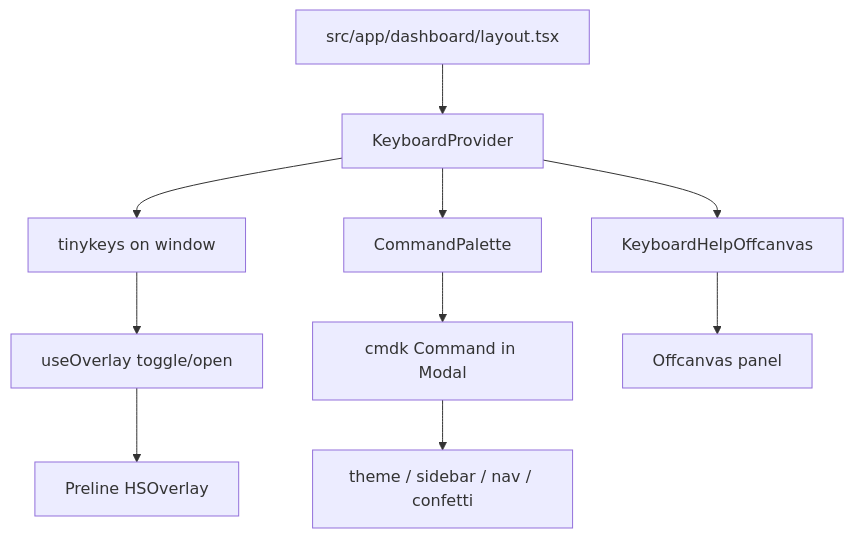
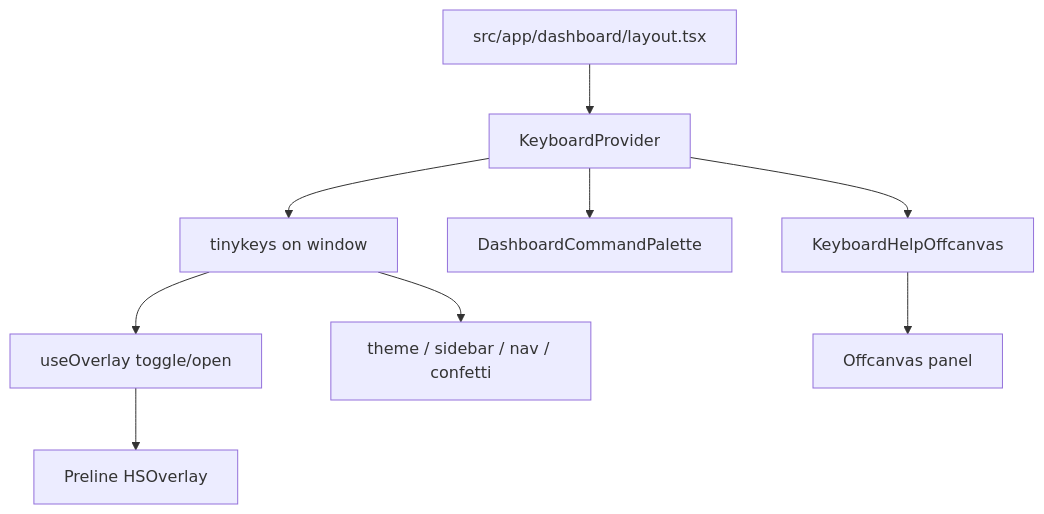
The diagram in docs/keyboard-shortcuts.md (brandon-cercedo/root-next-template), drawn with Mermaid before and after one commit. The commit also changed other lines of this file and 14 other files, not shown here.

First line of the commit message:
feat(RNT-85): search chats from the command palette (#68)

````diff
--- a/docs/keyboard-shortcuts.md
+++ b/docs/keyboard-shortcuts.md
@@ -50,12 +47,11 @@
 ```mermaid
 flowchart TD
   Layout["src/app/dashboard/layout.tsx"] --> Provider["KeyboardProvider"]
   Provider --> Tinykeys["tinykeys on window"]
-  Provider --> Palette["CommandPalette"]
+  Provider --> Palette["DashboardCommandPalette"]
   Provider --> Help["KeyboardHelpOffcanvas"]
   Tinykeys --> Overlay["useOverlay toggle/open"]
-  Palette --> Cmdk["cmdk Command in Modal"]
+  Tinykeys --> Actions["theme / sidebar / nav / confetti"]
   Help --> Offcanvas["Offcanvas panel"]
-  Cmdk --> Actions["theme / sidebar / nav / confetti"]
   Overlay --> Preline["Preline HSOverlay"]
 ```
````
